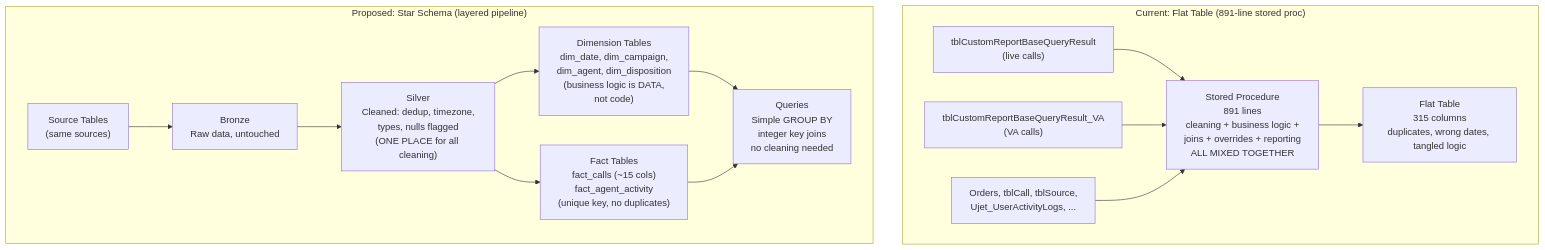
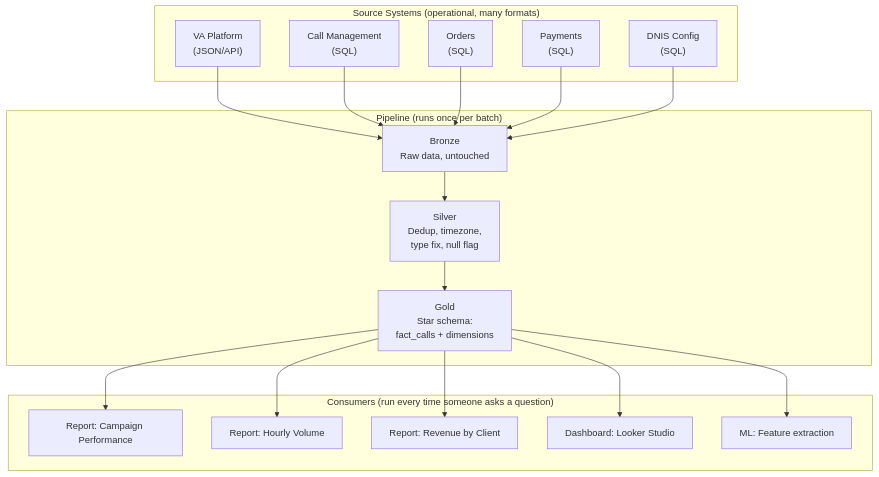
The diagram in concepts/Star_Schema_Design/01_Why.md (sunilmogadati/data-engineer-accelerator), drawn with Mermaid before and after one commit. The commit also changed other lines of this file and 1 other file, not shown here.

Commit message:
Rewrite Star Schema chapters for public: remove LT-specific refs, add source table query pain demo, universal framing

````diff
--- a/concepts/Star_Schema_Design/01_Why.md
+++ b/concepts/Star_Schema_Design/01_Why.md
@@ -58,18 +129,28 @@
 ```mermaid
 graph TD
-    subgraph "Current: Flat Table (891-line stored proc)"
-        A["tblCustomReportBaseQueryResult<br/>(live calls)"] --> SP["Stored Procedure<br/>891 lines<br/>cleaning + business logic +<br/>joins + overrides + reporting<br/>ALL MIXED TOGETHER"]
-        B["tblCustomReportBaseQueryResult_VA<br/>(VA calls)"] --> SP
-        C["Orders, tblCall, tblSource,<br/>Ujet_UserActivityLogs, ..."] --> SP
-        SP --> FLAT["Flat Table<br/>315 columns<br/>duplicates, wrong dates, tangled logic"]
+    subgraph "Source Systems (operational, many formats)"
+        S1["VA Platform<br/>(JSON/API)"]
+        S2["Call Management<br/>(SQL)"]
+        S3["Orders<br/>(SQL)"]
+        S4["Payments<br/>(SQL)"]
+        S5["DNIS Config<br/>(SQL)"]
     end
 
-    subgraph "Proposed: Star Schema (layered pipeline)"
-        A2["Source Tables<br/>(same sources)"] --> BRONZE["Bronze<br/>Raw data, untouched"]
-        BRONZE --> SILVER["Silver<br/>Cleaned: dedup, timezone,<br/>types, nulls flagged<br/>(ONE PLACE for all cleaning)"]
-        SILVER --> DIM["Dimension Tables<br/>dim_date, dim_campaign,<br/>dim_agent, dim_disposition<br/>(business logic is DATA,<br/>not code)"]
-        SILVER --> FACT["Fact Tables<br/>fact_calls (~15 cols)<br/>fact_agent_activity<br/>(unique key, no duplicates)"]
-        DIM --> QUERY["Queries<br/>Simple GROUP BY<br/>integer key joins<br/>no cleaning needed"]
-        FACT --> QUERY
+    subgraph "Pipeline (runs once per batch)"
+        S1 --> B["Bronze<br/>Raw data, untouched"]
+        S2 --> B
+        S3 --> B
+        S4 --> B
+        S5 --> B
+        B --> SV["Silver<br/>Dedup, timezone,<br/>type fix, null flag"]
+        SV --> G["Gold<br/>Star schema:<br/>fact_calls + dimensions"]
+    end
+
+    subgraph "Consumers (run every time someone asks a question)"
+        G --> Q1["Report: Campaign Performance"]
+        G --> Q2["Report: Hourly Volume"]
+        G --> Q3["Report: Revenue by Client"]
+        G --> Q4["Dashboard: Looker Studio"]
+        G --> Q5["ML: Feature extraction"]
     end
 ```
````
